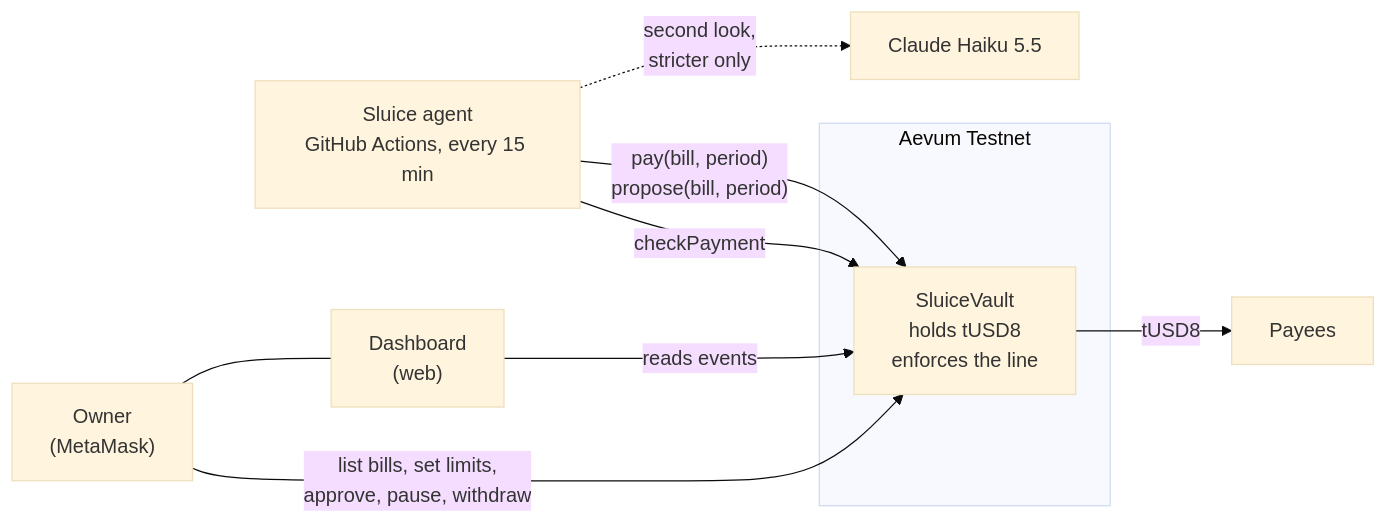
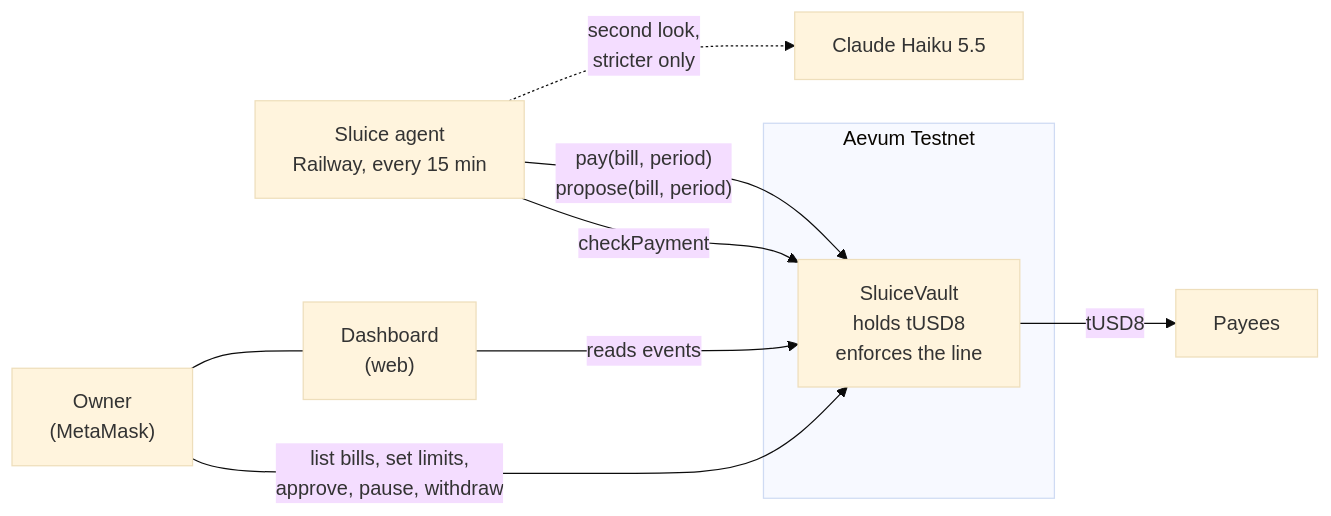
One commit to Ultraviolet01/Sluice changed the diagram in README.md. Above: the diagram before and after it, drawn with Mermaid (base theme). The commit also changed other lines of this file and 3 other files, not shown here.

Commit message:
Agent schedule moves to Railway; the GitHub workflow stays as a manual backup

````diff
--- a/README.md
+++ b/README.md
@@ -34,13 +34,13 @@
 ```mermaid
 flowchart LR
   O["Owner<br/>(MetaMask)"] -- "list bills, set limits,<br/>approve, pause, withdraw" --> V
   subgraph Aevum Testnet
     V["SluiceVault<br/>holds tUSD8<br/>enforces the line"]
   end
-  A["Sluice agent<br/>GitHub Actions, every 15 min"] -- "checkPayment" --> V
+  A["Sluice agent<br/>Railway, every 15 min"] -- "checkPayment" --> V
   A -- "pay(bill, period)<br/>propose(bill, period)" --> V
   A -. "second look,<br/>stricter only" .-> C["Claude Haiku 5.5"]
   V -- "tUSD8" --> P["Payees"]
   W["Dashboard<br/>(web)"] -- "reads events" --> V
   O --- W
 ```
````
